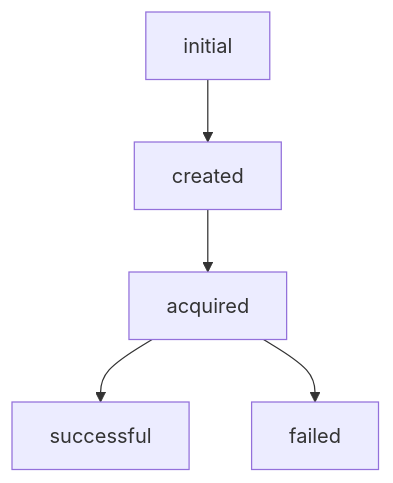
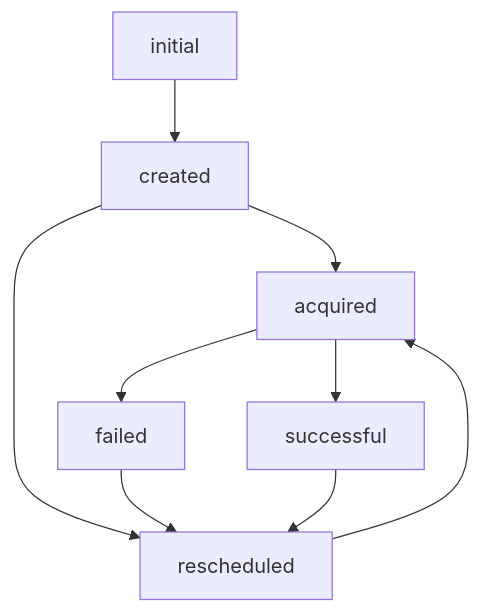
The diagram in README.MD (yarhrn/rozklad), drawn with Mermaid before and after one commit.

Commit message:
update state machine

````diff
--- a/README.MD
+++ b/README.MD
@@ -39,7 +39,11 @@
 ```mermaid
 flowchart TD
     initial --> created 
     created --> acquired
     acquired --> successful
     acquired --> failed
+    created --> rescheduled
+    rescheduled --> acquired
+    failed --> rescheduled
+    successful --> rescheduled
 ```
````
